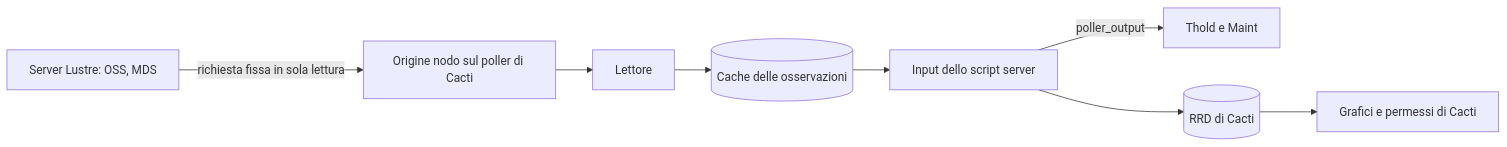
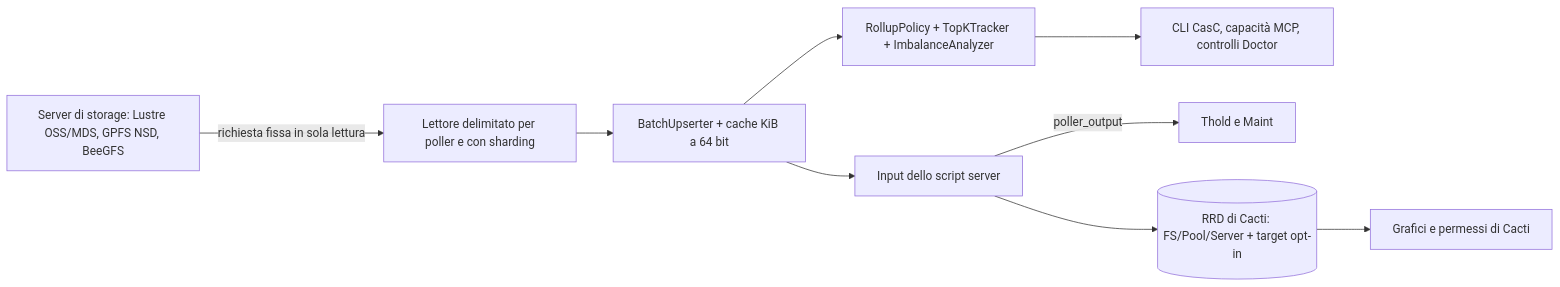
One commit to somethingwithproof/plugin_pfs changed the diagram in docs/i18n/it-IT/README.md. Above: the diagram before and after it, drawn with Mermaid. The commit also changed other lines of this file and 47 other files, not shown here.

````diff
--- a/docs/i18n/it-IT/README.md
+++ b/docs/i18n/it-IT/README.md
@@ -74,10 +82,11 @@
 ```mermaid
 flowchart LR
-    N[Server Lustre: OSS, MDS] -->|richiesta fissa in sola lettura| S[Origine nodo sul poller di Cacti]
-    S --> R[Lettore]
-    R --> C[(Cache delle osservazioni)]
-    C --> SS[Input dello script server]
+    N[Server di storage: Lustre OSS/MDS, GPFS NSD, BeeGFS] -->|richiesta fissa in sola lettura| S[Lettore delimitato per poller e con sharding]
+    S --> B[BatchUpserter + cache KiB a 64 bit]
+    B --> R[RollupPolicy + TopKTracker + ImbalanceAnalyzer]
+    B --> SS[Input dello script server]
+    R --> ECO[CLI CasC, capacità MCP, controlli Doctor]
     SS -->|poller_output| T[Thold e Maint]
-    SS --> RRD[(RRD di Cacti)]
+    SS --> RRD[(RRD di Cacti: FS/Pool/Server + target opt-in)]
     RRD --> G[Grafici e permessi di Cacti]
 ```
````
